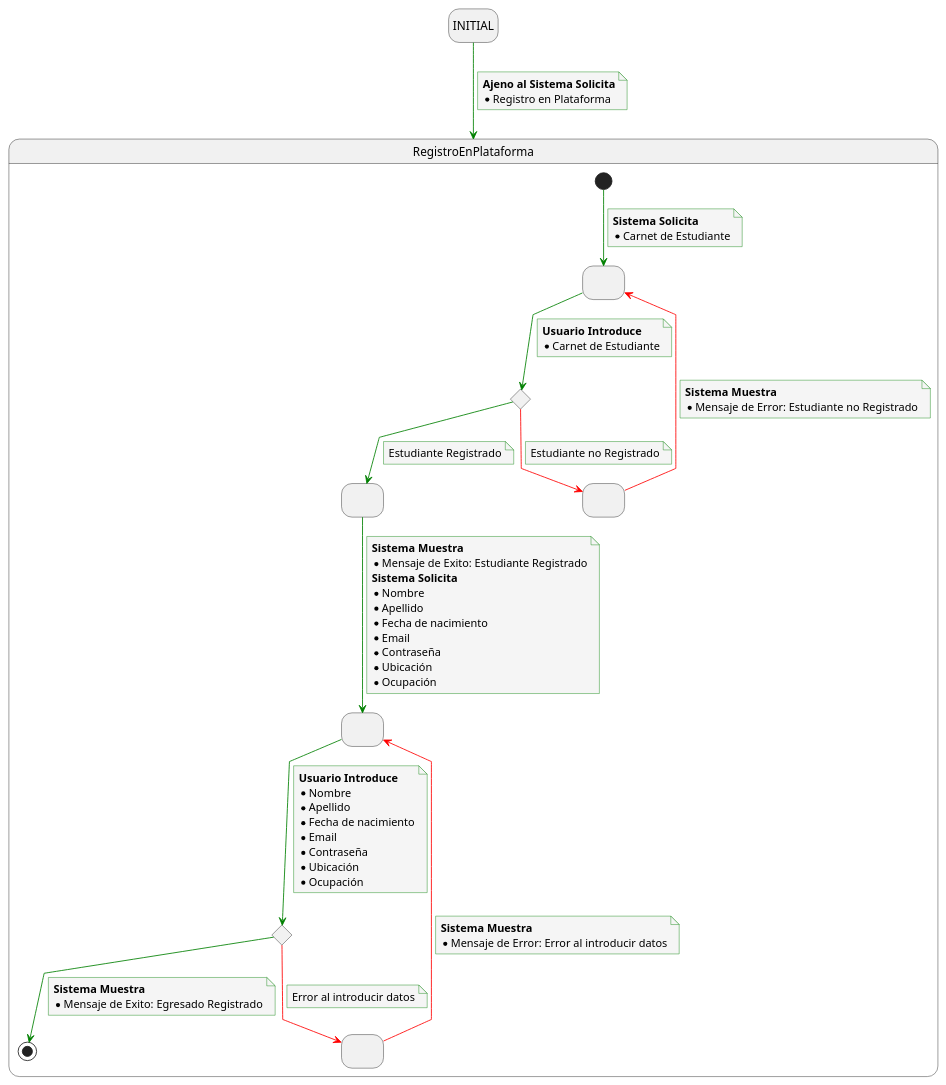
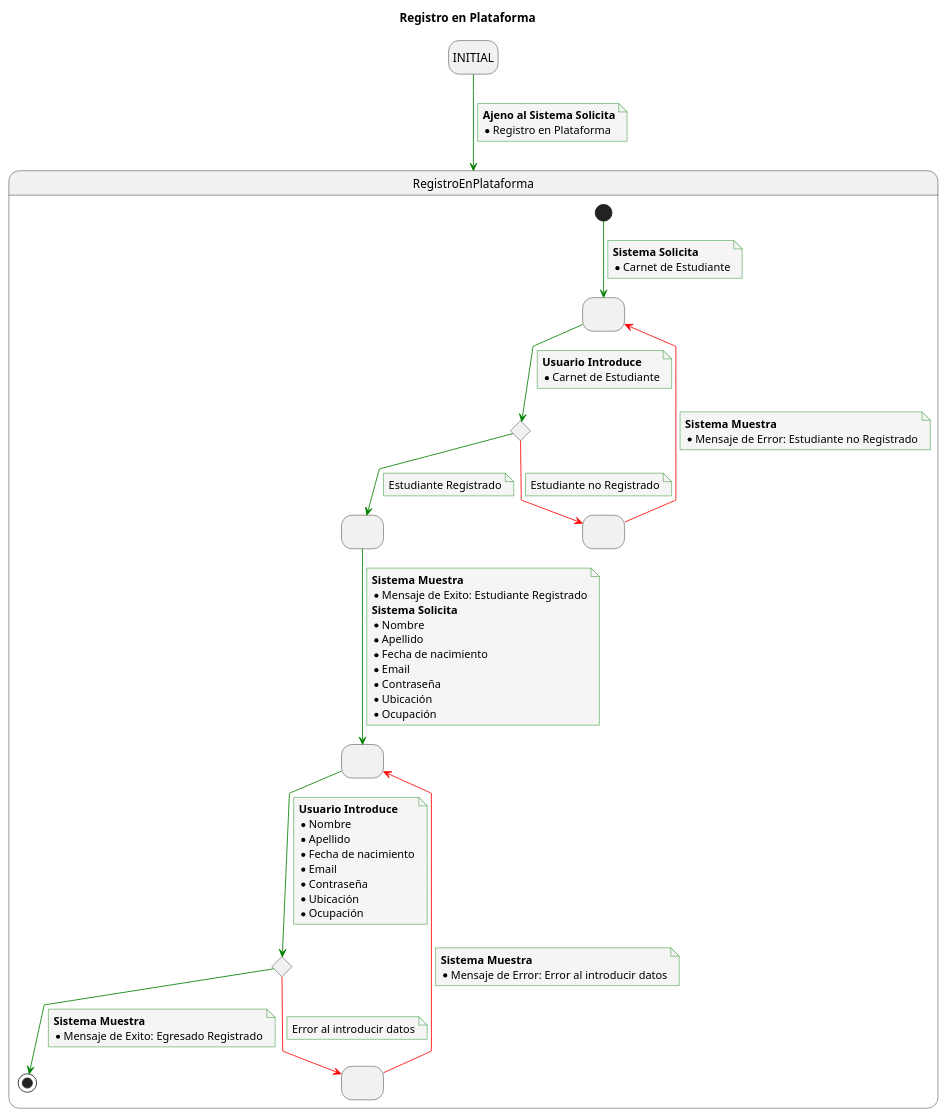
Before and after one commit to mmasias/23-24-IdSw1-SDR: the diagram in Caso_de_Uso/Casos_de_Uso/Egresado/Registro_en_plataforma/Caso_de_Uso.puml, drawn with PlantUML. The commit also changed 7 other files, not shown here.

```diff
--- a/Caso_de_Uso/Casos_de_Uso/Egresado/Registro_en_plataforma/Caso_de_Uso.puml
+++ b/Caso_de_Uso/Casos_de_Uso/Egresado/Registro_en_plataforma/Caso_de_Uso.puml
@@ -1,103 +1,105 @@
 @startuml
+
+title Registro en Plataforma
 
 skinparam {
     NoteBackgroundColor #whiteSmoke
     ArrowColor #green
     NoteBorderColor #green
     linetype polyline
 }
 
 hide empty description
 
 state startState as "INITIAL"
 
 startState --> RegistroEnPlataforma
 note on link
     <b>Ajeno al Sistema Solicita</b>
     * Registro en Plataforma
 end note
 
 state RegistroEnPlataforma {
   state 2 as " "
   state 3 <<choice>>
   state 4 as " "
   state 5 as " "
   state 6 as " "
   state 7 <<choice>>
   state 8 as " "
 
 
   [*] --> 2
   note on link
     <b>Sistema Solicita</b>
     * Carnet de Estudiante
   end note
 
   2 --> 3
   note on link
     <b>Usuario Introduce</b>
     * Carnet de Estudiante
   end note
 
   3 -[#red]-> 5
   note on link
     Estudiante no Registrado
   end note
 
   5 -[#red]-> 2
   note on link
     <b>Sistema Muestra</b>
     * Mensaje de Error: Estudiante no Registrado
   end note
 
   3 --> 4
   note on link
     Estudiante Registrado
   end note
 
   4 --> 6
   note on link
     <b>Sistema Muestra</b>
     * Mensaje de Exito: Estudiante Registrado
     <b>Sistema Solicita</b>
     * Nombre
     * Apellido
     * Fecha de nacimiento
     * Email
     * Contraseña
     * Ubicación
     * Ocupación
   end note
 
   6 --> 7
   note on link
     <b>Usuario Introduce</b>
     * Nombre
     * Apellido
     * Fecha de nacimiento
     * Email
     * Contraseña
     * Ubicación
     * Ocupación
   end note
 
   7 --> [*]
   note on link
     <b>Sistema Muestra</b>
     * Mensaje de Exito: Egresado Registrado
   end note
 
   7 -[#red]-> 8
   note on link
     Error al introducir datos
   end note
 
   8 -[#red]-> 6
   note on link
     <b>Sistema Muestra</b>
     * Mensaje de Error: Error al introducir datos
   end note
 
 }
 
 @enduml
```
